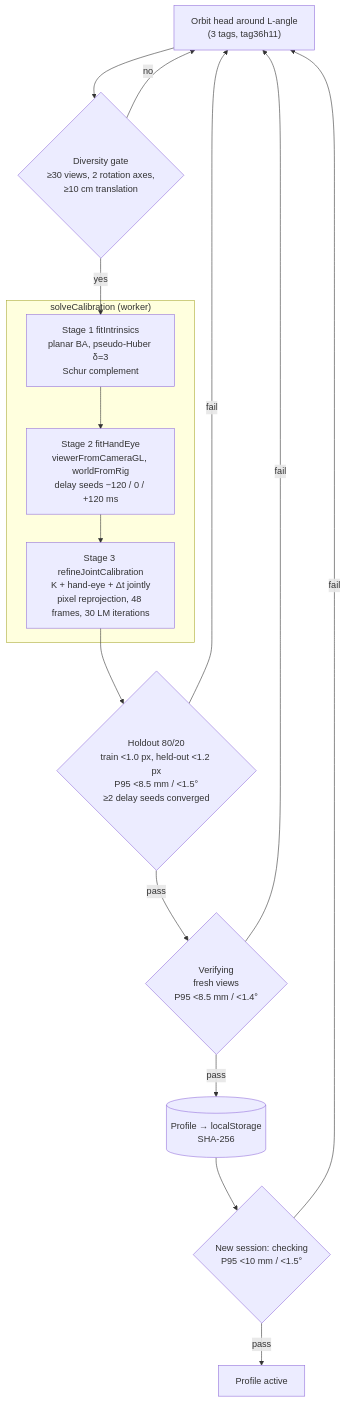
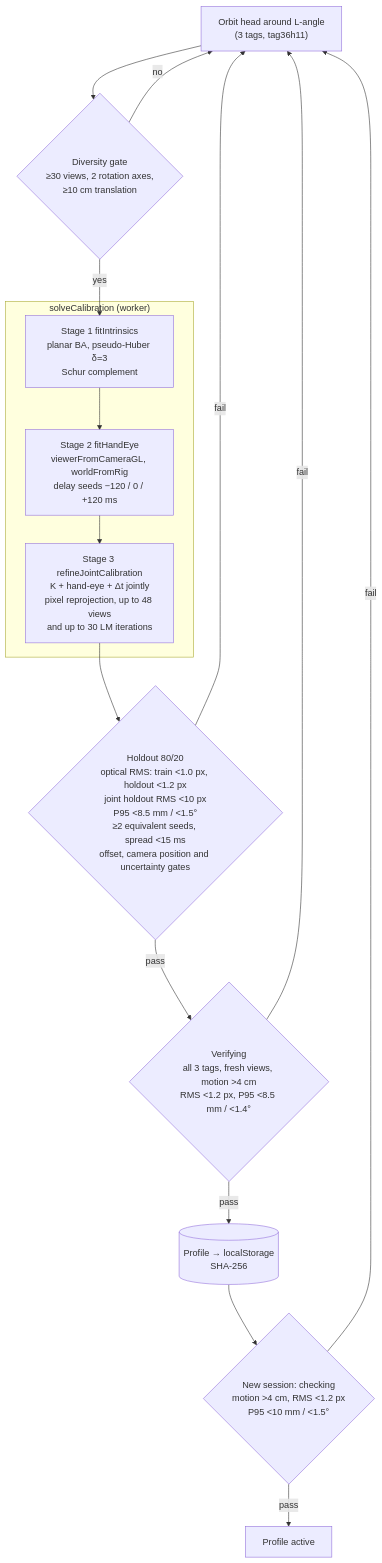
One commit to PiMaV/Quest3-WebXR-AprilTag changed the diagram in docs/diagrams/01-calibration.mmd. Above: the diagram before and after it, drawn with Mermaid. The commit also changed 21 other files, not shown here.

Commit message:
docs(wip): add Quarto technical paper drafts and update calibration diagram

```diff
--- a/docs/diagrams/01-calibration.mmd
+++ b/docs/diagrams/01-calibration.mmd
@@ -1,17 +1,17 @@
 flowchart TD
   A["Orbit head around L-angle<br/>(3 tags, tag36h11)"] --> B{"Diversity gate<br/>≥30 views, 2 rotation axes,<br/>≥10 cm translation"}
   B -- no --> A
   B -- yes --> S1
   subgraph FIT ["solveCalibration (worker)"]
     S1["Stage 1 fitIntrinsics<br/>planar BA, pseudo-Huber δ=3<br/>Schur complement"] --> S2
     S2["Stage 2 fitHandEye<br/>viewerFromCameraGL, worldFromRig<br/>delay seeds −120 / 0 / +120 ms"] --> S3
-    S3["Stage 3 refineJointCalibration<br/>K + hand-eye + Δt jointly<br/>pixel reprojection, 48 frames, 30 LM iterations"]
+    S3["Stage 3 refineJointCalibration<br/>K + hand-eye + Δt jointly<br/>pixel reprojection, up to 48 views<br/>and up to 30 LM iterations"]
   end
-  S3 --> H{"Holdout 80/20<br/>train <1.0 px, held-out <1.2 px<br/>P95 <8.5 mm / <1.5°<br/>≥2 delay seeds converged"}
+  S3 --> H{"Holdout 80/20<br/>optical RMS: train <1.0 px, holdout <1.2 px<br/>joint holdout RMS <10 px<br/>P95 <8.5 mm / <1.5°<br/>≥2 equivalent seeds, spread <15 ms<br/>offset, camera position and uncertainty gates"}
   H -- fail --> A
-  H -- pass --> V{"Verifying<br/>fresh views<br/>P95 <8.5 mm / <1.4°"}
+  H -- pass --> V{"Verifying<br/>all 3 tags, fresh views, motion >4 cm<br/>RMS <1.2 px, P95 <8.5 mm / <1.4°"}
   V -- fail --> A
   V -- pass --> P[("Profile → localStorage<br/>SHA-256")]
-  P --> C{"New session: checking<br/>P95 <10 mm / <1.5°"}
+  P --> C{"New session: checking<br/>motion >4 cm, RMS <1.2 px<br/>P95 <10 mm / <1.5°"}
   C -- pass --> OK["Profile active"]
   C -- fail --> A
```
